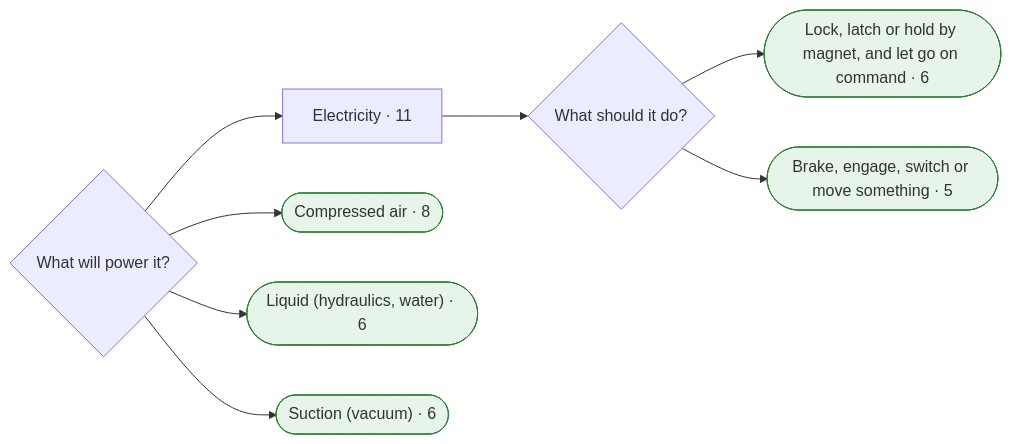
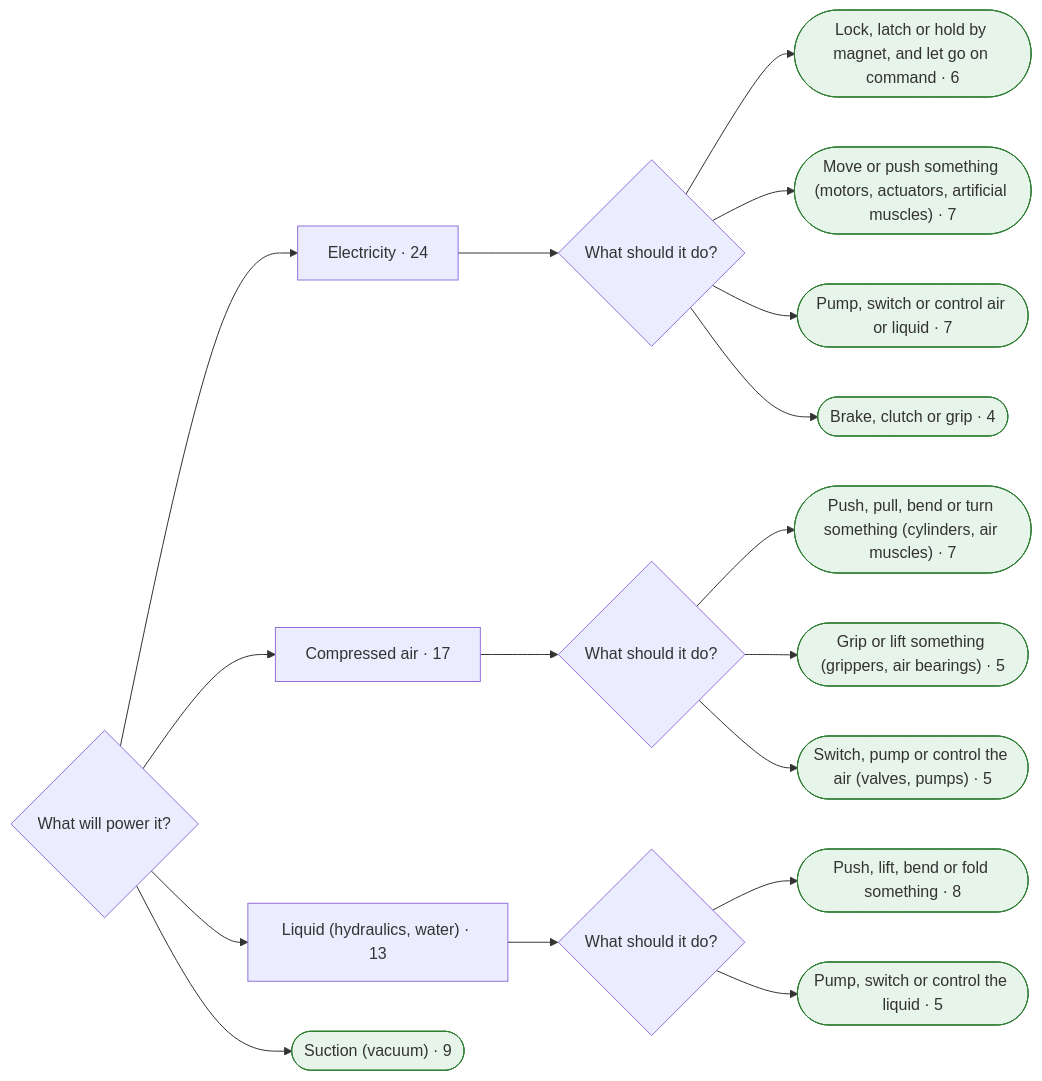
One commit to smileymcfrown/EncyclopediaOfConnections changed diagram 11 of 11 in research/finder-test/mermaid.md. Above: the diagram before and after it, drawn with Mermaid. The commit also changed other lines of this file and 42 other files, not shown here.

````diff
--- a/research/finder-test/mermaid.md
+++ b/research/finder-test/mermaid.md
@@ -899,25 +899,48 @@
 ```mermaid
 flowchart LR
   q318{"What will power it?"}
-  a319["Electricity · 11"]
+  a319["Electricity · 24"]
   q318 --> a319
   q320{"What should it do?"}
   a319 --> q320
   a321(["Lock, latch or hold by magnet, and let go on command · 6"])
   q320 --> a321
   class a321 leaf
-  a322(["Brake, engage, switch or move something · 5"])
+  a322(["Move or push something (motors, actuators, artificial muscles) · 7"])
   q320 --> a322
   class a322 leaf
-  a323(["Compressed air · 8"])
-  q318 --> a323
+  a323(["Pump, switch or control air or liquid · 7"])
+  q320 --> a323
   class a323 leaf
-  a324(["Liquid (hydraulics, water) · 6"])
-  q318 --> a324
+  a324(["Brake, clutch or grip · 4"])
+  q320 --> a324
   class a324 leaf
-  a325(["Suction (vacuum) · 6"])
+  a325["Compressed air · 17"]
   q318 --> a325
-  class a325 leaf
+  q326{"What should it do?"}
+  a325 --> q326
+  a327(["Push, pull, bend or turn something (cylinders, air muscles) · 7"])
+  q326 --> a327
+  class a327 leaf
+  a328(["Grip or lift something (grippers, air bearings) · 5"])
+  q326 --> a328
+  class a328 leaf
+  a329(["Switch, pump or control the air (valves, pumps) · 5"])
+  q326 --> a329
+  class a329 leaf
+  a330["Liquid (hydraulics, water) · 13"]
+  q318 --> a330
+  q331{"What should it do?"}
+  a330 --> q331
+  a332(["Push, lift, bend or fold something · 8"])
+  q331 --> a332
+  class a332 leaf
+  a333(["Pump, switch or control the liquid · 5"])
+  q331 --> a333
+  class a333 leaf
+  a334(["Suction (vacuum) · 9"])
+  q318 --> a334
+  class a334 leaf
   classDef leaf fill:#e6f4ea,stroke:#2e7d32
   classDef more fill:#fff4e5,stroke:#b26a00
 ```
````
